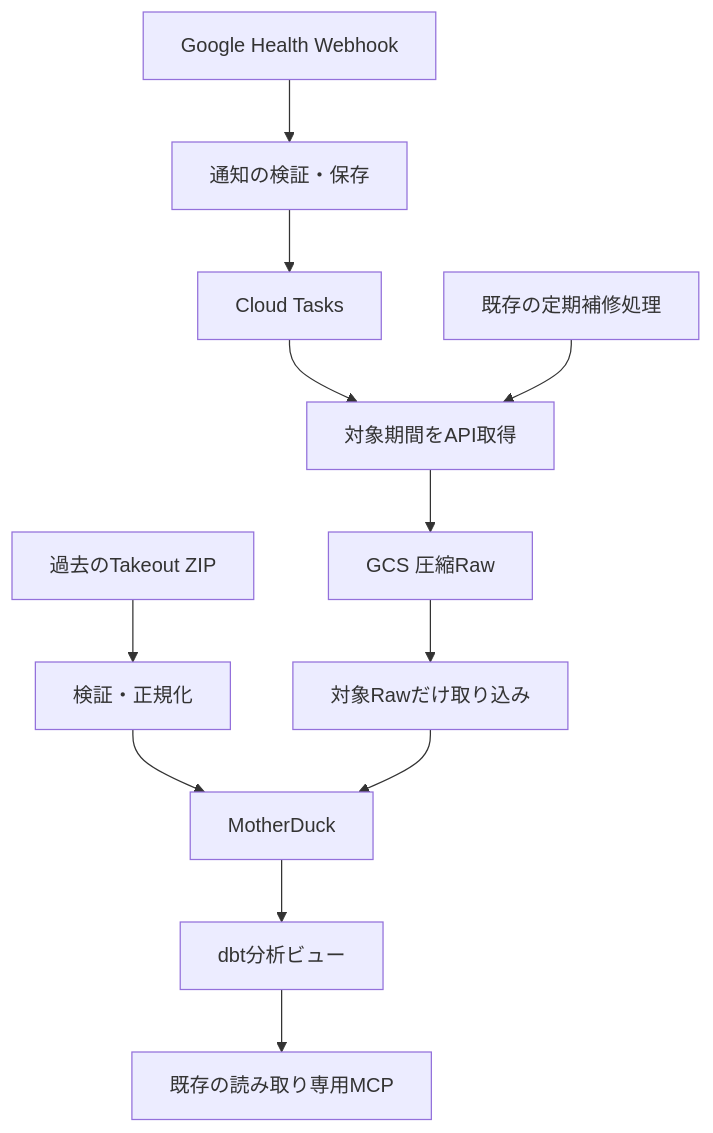
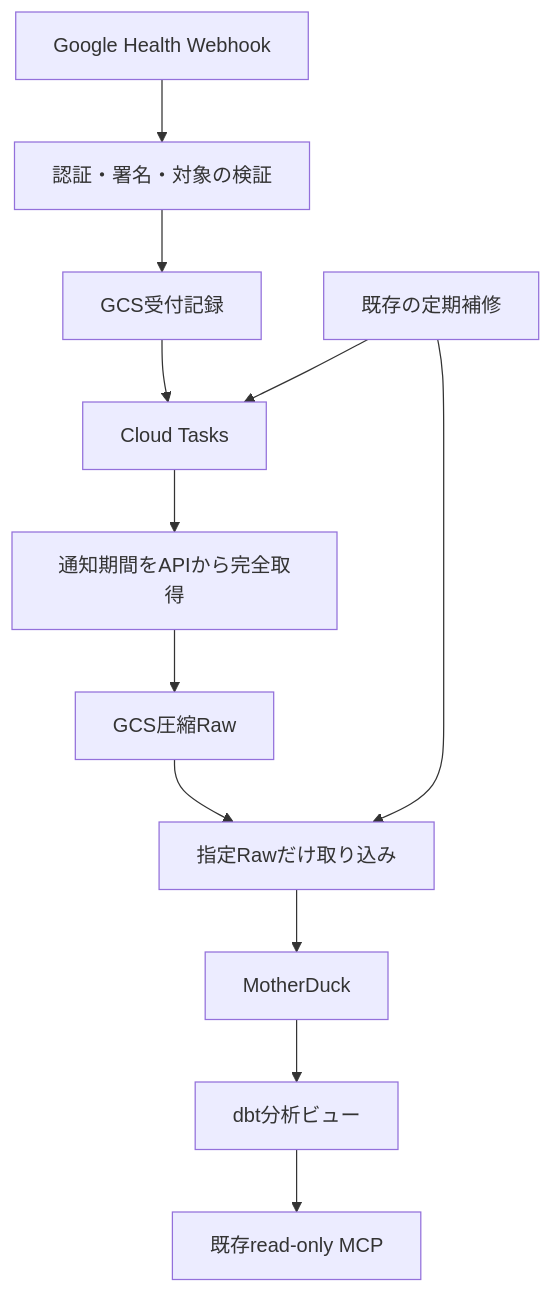
The diagram in docs/plans/fitbit-integration.md (binbianlong/personal-data-platform), drawn with Mermaid before and after one commit. The commit also changed other lines of this file and 13 other files, not shown here.

````diff
--- a/docs/plans/fitbit-integration.md
+++ b/docs/plans/fitbit-integration.md
@@ -11,14 +11,14 @@
 ```mermaid
 flowchart TD
-    Z[過去のTakeout ZIP] --> I[検証・正規化]
-    I --> M[MotherDuck]
-    H[Google Health Webhook] --> R[通知の検証・保存]
-    R --> Q[Cloud Tasks]
-    Q --> W[対象期間をAPI取得]
-    W --> G[GCS 圧縮Raw]
-    G --> L[対象Rawだけ取り込み]
-    L --> M
-    C[既存の定期補修処理] --> W
+    H[Google Health Webhook] --> R[認証・署名・対象の検証]
+    R --> P[GCS受付記録]
+    P --> Q[Cloud Tasks]
+    Q --> W[通知期間をAPIから完全取得]
+    W --> G[GCS圧縮Raw]
+    G --> L[指定Rawだけ取り込み]
+    L --> M[MotherDuck]
+    C[既存の定期補修] --> Q
+    C --> L
     M --> V[dbt分析ビュー]
-    V --> A[既存の読み取り専用MCP]
+    V --> A[既存read-only MCP]
 ```
````
